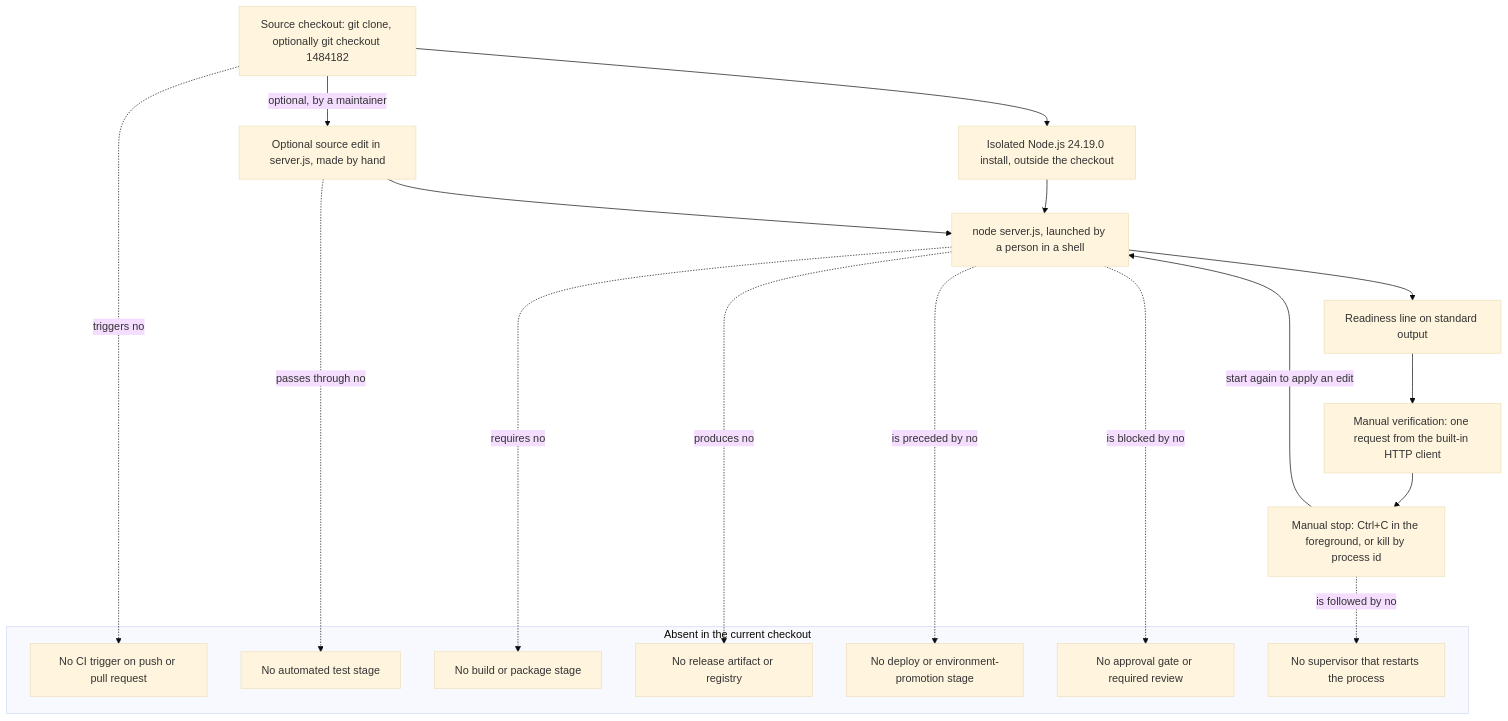
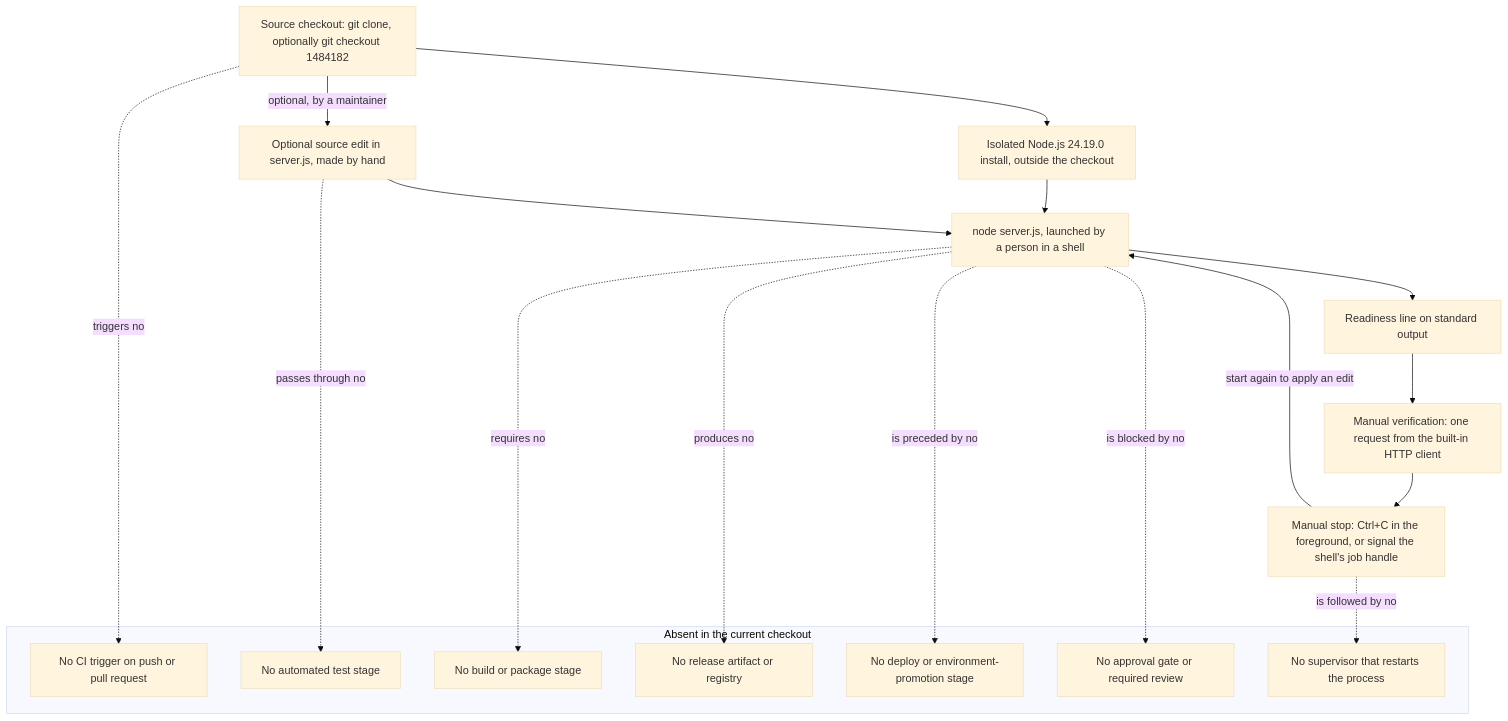
One commit to ajitblitzy/Ajit_GH_Repo-12-Mar-26 changed the diagram in docs/areas/devops.md. Above: the diagram before and after it, drawn with Mermaid (base theme). The commit also changed other lines of this file and 5 other files, not shown here.

````diff
--- a/docs/areas/devops.md
+++ b/docs/areas/devops.md
@@ -1249,34 +1254,34 @@
 ```mermaid
 flowchart TB
     SRC["Source checkout: git clone, optionally git checkout 1484182"]
     RT["Isolated Node.js 24.19.0 install, outside the checkout"]
     EDIT["Optional source edit in server.js, made by hand"]
     RUN["node server.js, launched by a person in a shell"]
     READY["Readiness line on standard output"]
     VERIFY["Manual verification: one request from the built-in HTTP client"]
-    STOP["Manual stop: Ctrl+C in the foreground, or kill by process id"]
+    STOP["Manual stop: Ctrl+C in the foreground, or signal the shell's job handle"]
     SRC --> RT
     RT --> RUN
     SRC -->|"optional, by a maintainer"| EDIT
     EDIT --> RUN
     RUN --> READY
     READY --> VERIFY
     VERIFY --> STOP
     STOP -->|"start again to apply an edit"| RUN
     subgraph ABSENT["Absent in the current checkout"]
         NOCI["No CI trigger on push or pull request"]
         NOTEST["No automated test stage"]
         NOBUILD["No build or package stage"]
         NOART["No release artifact or registry"]
         NODEPLOY["No deploy or environment-promotion stage"]
         NOGATE["No approval gate or required review"]
         NOSUP["No supervisor that restarts the process"]
     end
     SRC -.->|"triggers no"| NOCI
     EDIT -.->|"passes through no"| NOTEST
     RUN -.->|"requires no"| NOBUILD
     RUN -.->|"produces no"| NOART
     RUN -.->|"is preceded by no"| NODEPLOY
     RUN -.->|"is blocked by no"| NOGATE
     STOP -.->|"is followed by no"| NOSUP
 ```
````
